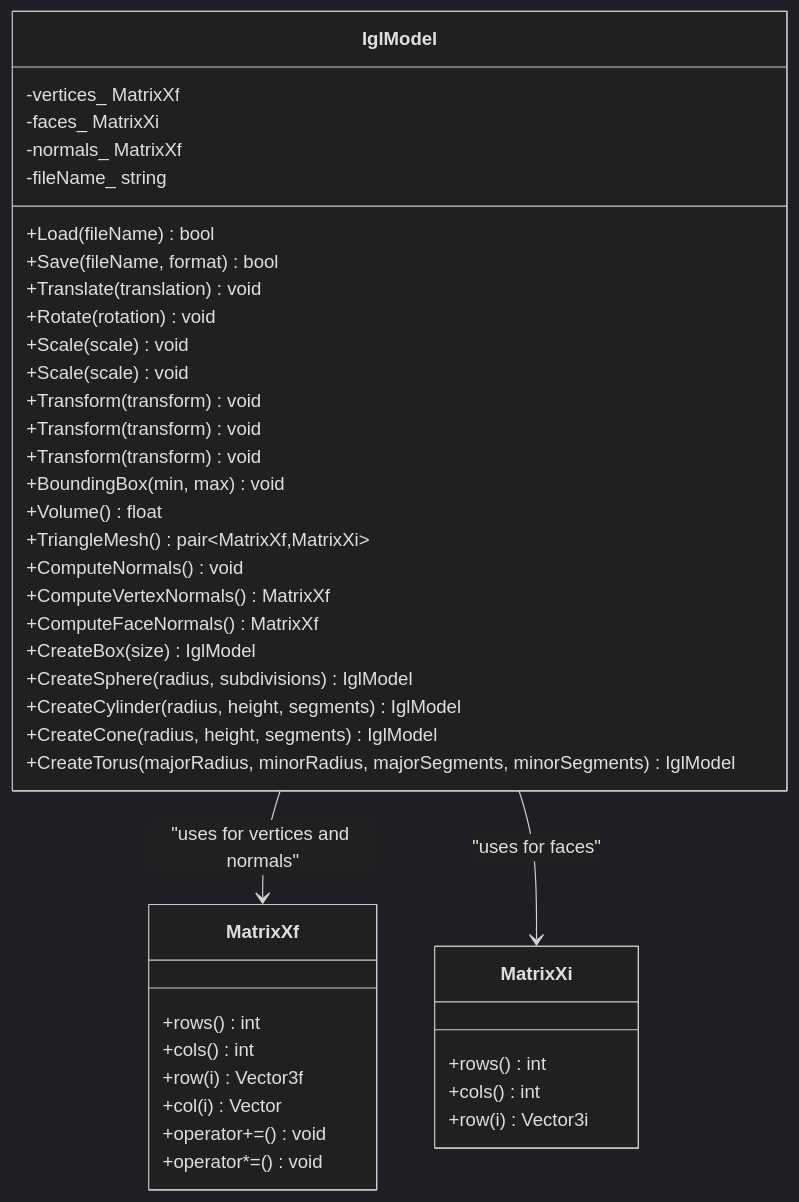
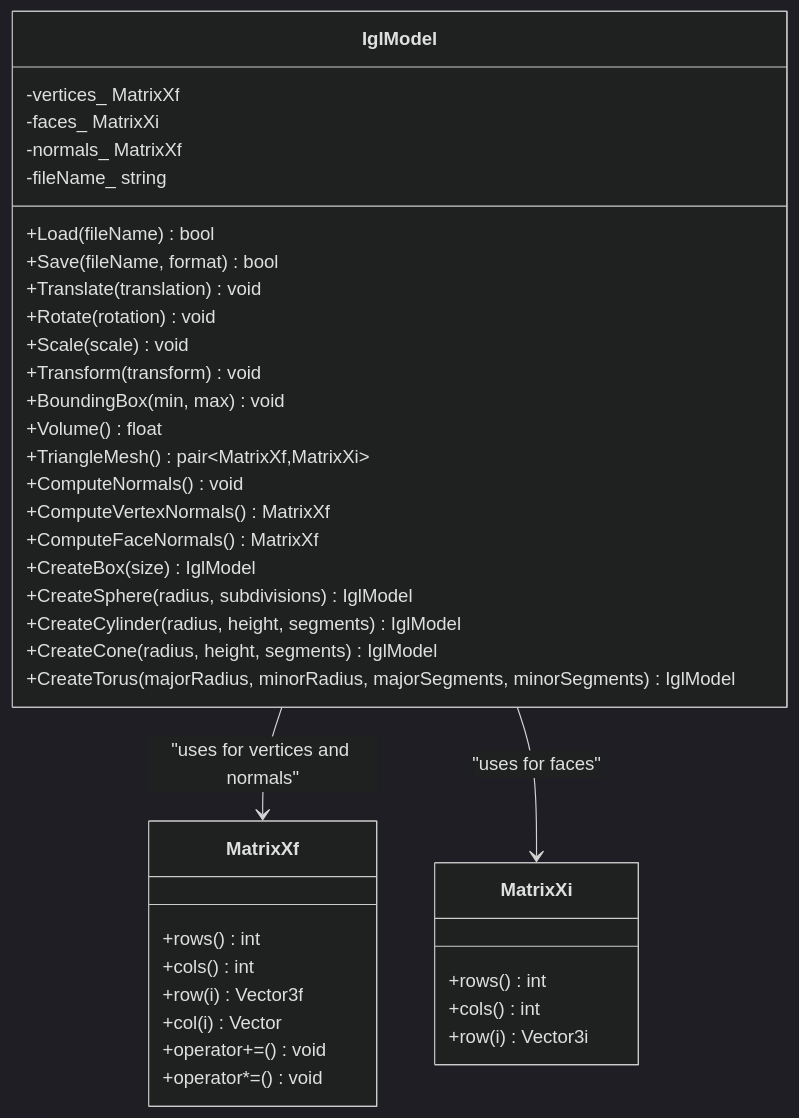
One commit to hsmbanlance/HsBaSlicer changed the fourth of 9 diagrams in .qoder/repowiki/en/content/Model Processing/Mesh Model Processing.md. Above: the diagram before and after it, drawn with Mermaid (dark theme). The commit also changed other lines of this file and 31 other files, not shown here.

First line of the commit message:
docs(architecture): 更新文档以包含事件处理系统和动态库测试

````diff
--- a/.qoder/repowiki/en/content/Model Processing/Mesh Model Processing.md
+++ b/.qoder/repowiki/en/content/Model Processing/Mesh Model Processing.md
@@ -195,44 +255,41 @@
 ```mermaid
 classDiagram
 class IglModel {
 -vertices_ MatrixXf
 -faces_ MatrixXi
 -normals_ MatrixXf
 -fileName_ string
 +Load(fileName) bool
 +Save(fileName, format) bool
 +Translate(translation) void
 +Rotate(rotation) void
 +Scale(scale) void
-+Scale(scale) void
-+Transform(transform) void
-+Transform(transform) void
 +Transform(transform) void
 +BoundingBox(min, max) void
 +Volume() float
 +TriangleMesh() pair~MatrixXf,MatrixXi~
 +ComputeNormals() void
 +ComputeVertexNormals() MatrixXf
 +ComputeFaceNormals() MatrixXf
 +CreateBox(size) IglModel
 +CreateSphere(radius, subdivisions) IglModel
 +CreateCylinder(radius, height, segments) IglModel
 +CreateCone(radius, height, segments) IglModel
 +CreateTorus(majorRadius, minorRadius, majorSegments, minorSegments) IglModel
 }
 class MatrixXf {
 +rows() int
 +cols() int
 +row(i) Vector3f
 +col(i) Vector
 +operator+=() void
 +operator*=() void
 }
 class MatrixXi {
 +rows() int
 +cols() int
 +row(i) Vector3i
 }
 IglModel --> MatrixXf : "uses for vertices and normals"
 IglModel --> MatrixXi : "uses for faces"
 ```
````
